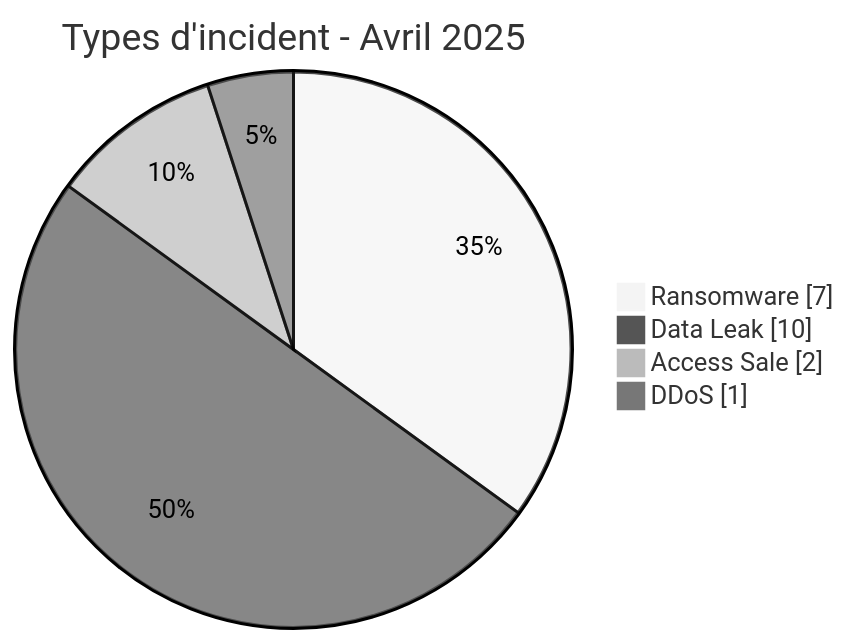
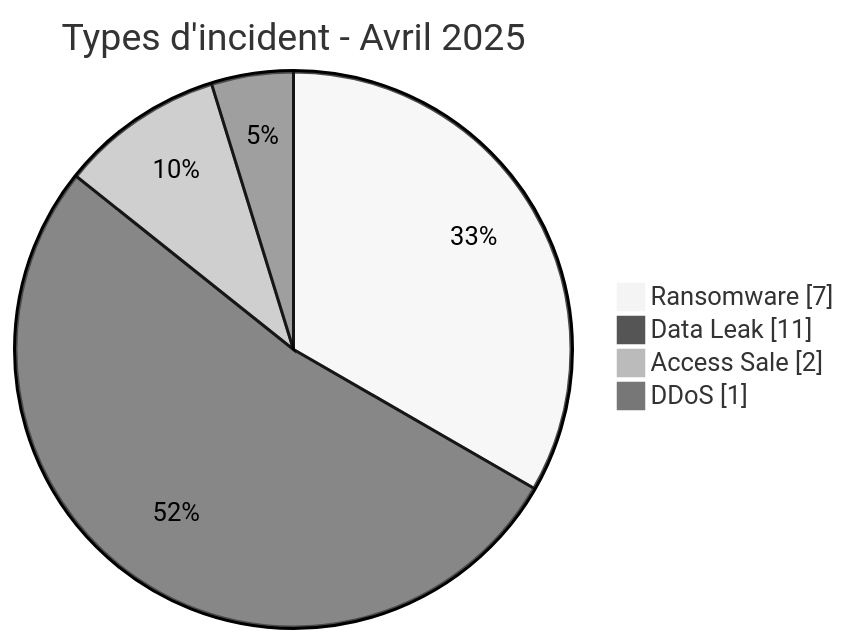
The first of 2 diagrams in CyberAttackAfrica/2025/04-april/README_FR.md (Hatchepsoute/AFRINTEL), drawn with Mermaid (neutral theme) before and after one commit. The commit also changed other lines of this file and 35 other files, not shown here.

````diff
--- a/CyberAttackAfrica/2025/04-april/README_FR.md
+++ b/CyberAttackAfrica/2025/04-april/README_FR.md
@@ -78,8 +78,8 @@
 ```mermaid
 pie showData
     title Types d'incident - Avril 2025
     "Ransomware" : 7
-    "Data Leak" : 10
+    "Data Leak" : 11
     "Access Sale" : 2
     "DDoS" : 1
 ```
````
